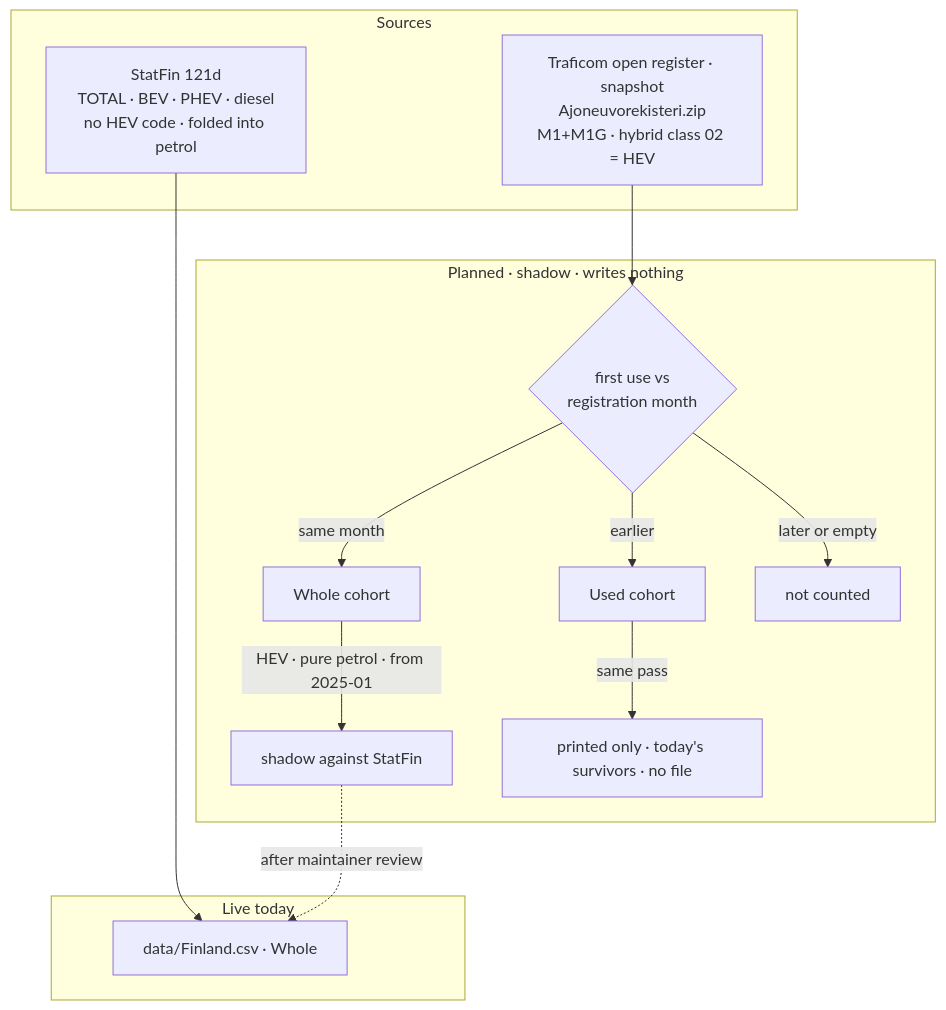
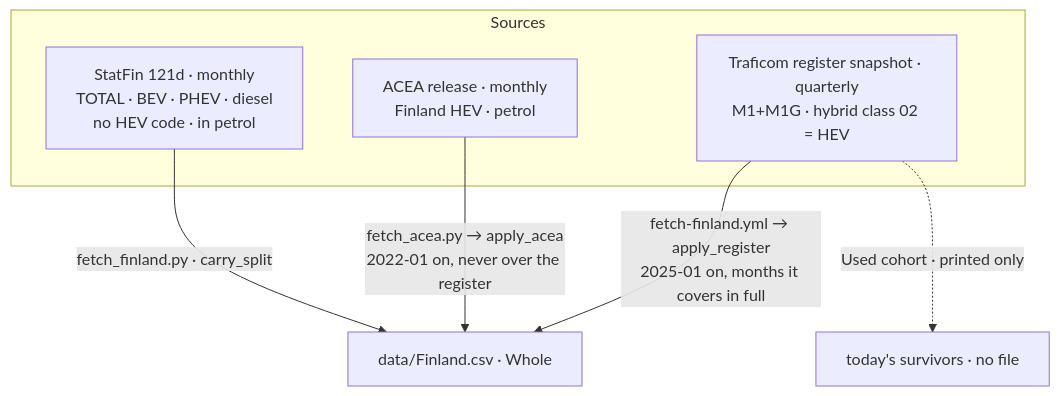
One commit to LeRaffl/LeRaffl-Gallery changed the first of 2 diagrams in docs/architecture/12-source-finland.md. Above: the diagram before and after it, drawn with Mermaid. The commit also changed other lines of this file and 1 other file, not shown here.

First line of the commit message:
docs(fi): HEV sources by month, how they stay current, page labels

````diff
--- a/docs/architecture/12-source-finland.md
+++ b/docs/architecture/12-source-finland.md
@@ -255,19 +282,12 @@
 ```mermaid
 flowchart TB
     subgraph SRC["Sources"]
-        TRA["Traficom open register · snapshot<br/>Ajoneuvorekisteri.zip<br/>M1+M1G · hybrid class 02 = HEV"]
-        SF["StatFin 121d<br/>TOTAL · BEV · PHEV · diesel<br/>no HEV code · folded into petrol"]
+        SF["StatFin 121d · monthly<br/>TOTAL · BEV · PHEV · diesel<br/>no HEV code · in petrol"]
+        AC["ACEA release · monthly<br/>Finland HEV · petrol"]
+        TRA["Traficom register snapshot · quarterly<br/>M1+M1G · hybrid class 02 = HEV"]
     end
-    subgraph LIVE["Live today"]
-        SF --> FCSV["data/Finland.csv · Whole"]
-    end
-    subgraph PLAN["Planned · shadow · writes nothing"]
-        TRA --> SPLIT{"first use vs<br/>registration month"}
-        SPLIT -->|same month| NEW["Whole cohort"]
-        SPLIT -->|earlier| US["Used cohort"]
-        SPLIT -->|later or empty| SKIP["not counted"]
-        NEW -->|"HEV · pure petrol · from 2025-01"| SH["shadow against StatFin"]
-        SH -.->|"after maintainer review"| FCSV
-        US -->|"same pass"| PR["printed only · today's survivors · no file"]
-    end
+    SF -->|"fetch_finland.py · carry_split"| FCSV["data/Finland.csv · Whole"]
+    AC -->|"fetch_acea.py → apply_acea<br/>2022-01 on, never over the register"| FCSV
+    TRA -->|"fetch-finland.yml → apply_register<br/>2025-01 on, months it covers in full"| FCSV
+    TRA -.->|"Used cohort · printed only"| PR["today's survivors · no file"]
 ```
````
